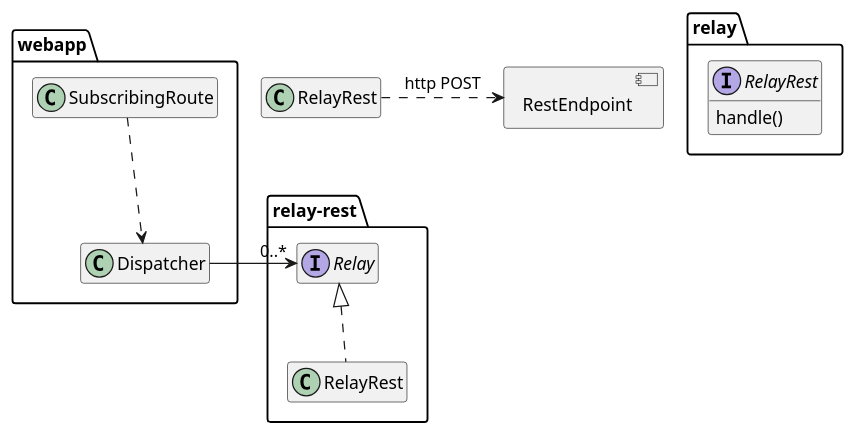
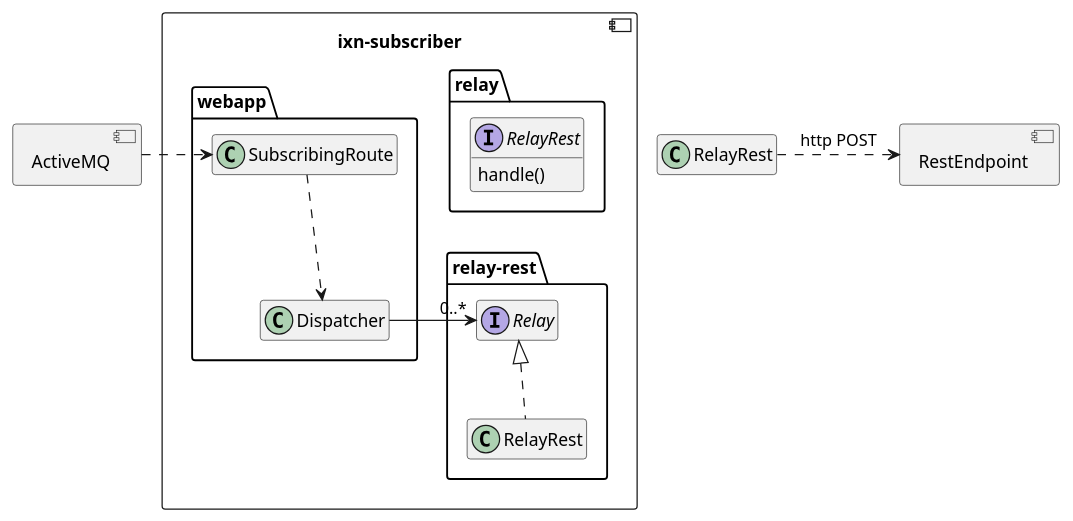
Before and after one commit to incodehq/estcoda-subscriber: the second of 2 diagrams in README.adoc, drawn with PlantUML.

```diff
--- a/README.adoc
+++ b/README.adoc
@@ -26,34 +26,43 @@
 [plantuml]
 ----
 hide empty members
 
-package relay {
-    interface RelayRest {
-        handle()
-    }
+component ActiveMQ {
 }
 
-package relay-rest {
+component "ixn-subscriber" {
 
-    class RelayRest implements Relay {
+    package relay {
+        interface RelayRest {
+            handle()
+        }
     }
-}
 
-package webapp {
+    package relay-rest {
 
-    class SubscribingRoute {
+        class RelayRest implements Relay {
+        }
+    }
 
+    package webapp {
+
+        class SubscribingRoute {
+
+        }
+        class Dispatcher {
+
+        }
     }
-    class Dispatcher {
 
-    }
 }
 
 component RestEndpoint {
 }
+
+ActiveMQ .r-> SubscribingRoute
 
 SubscribingRoute .d-> Dispatcher
 Dispatcher -> "0..*" Relay
 
 RelayRest .r-> RestEndpoint : http POST
 ----
```
